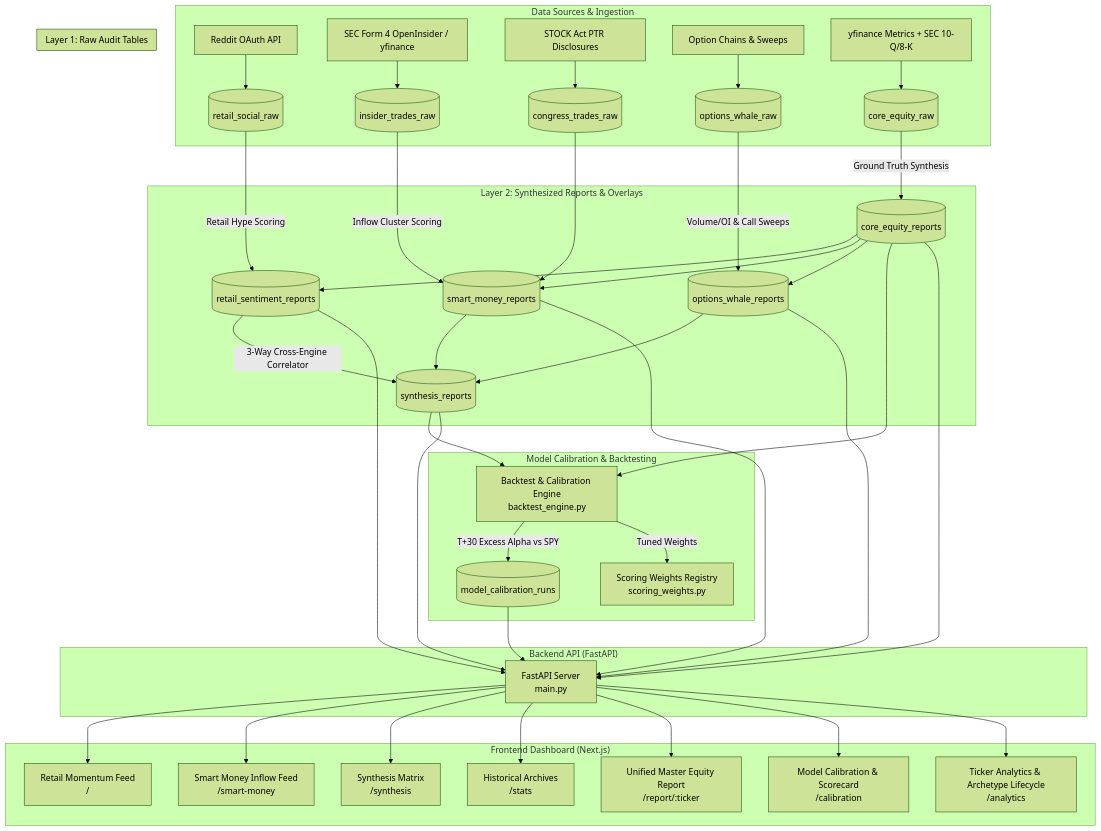
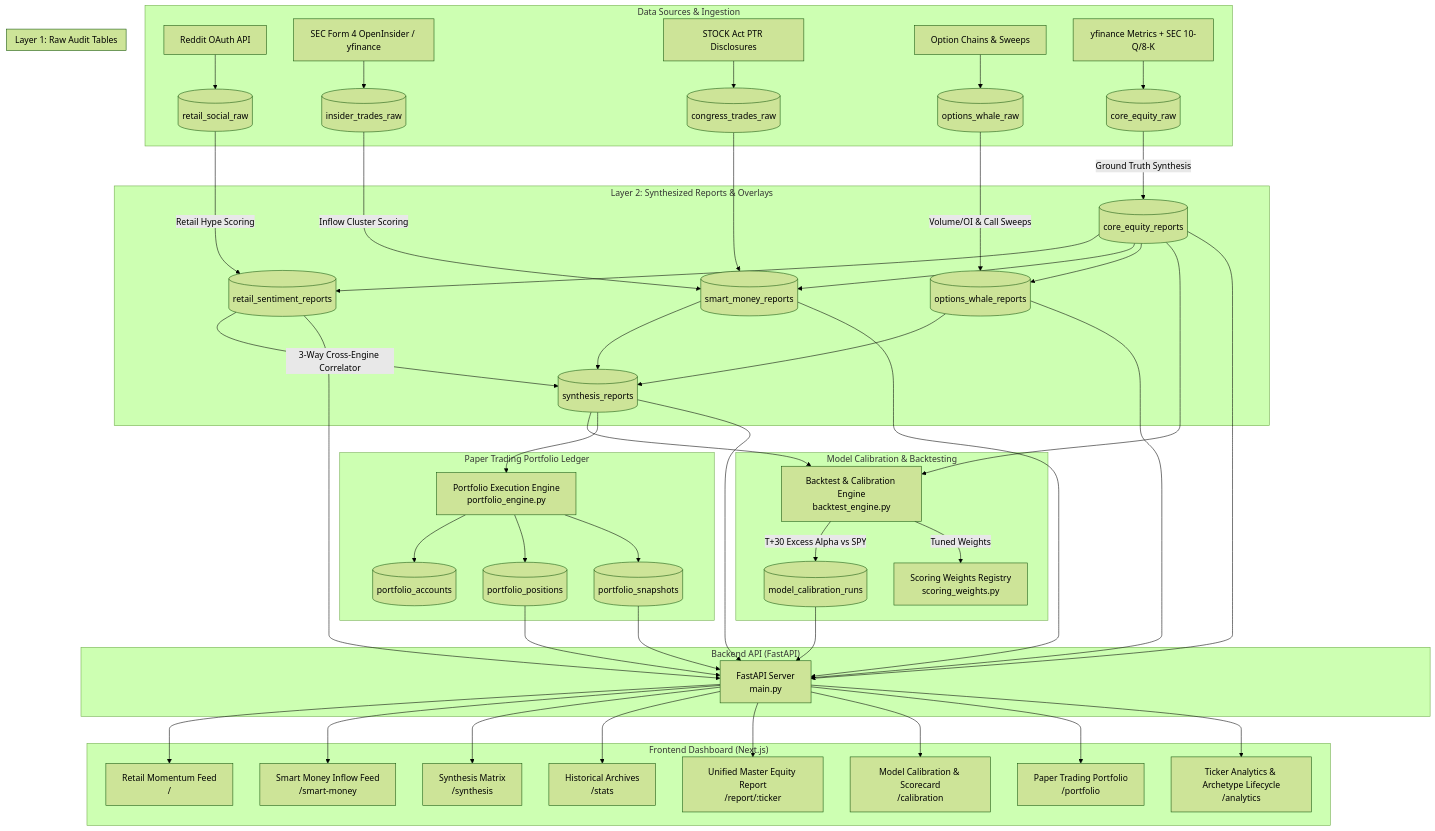
The diagram in README.md (jeremyseow/stock-picker), drawn with Mermaid (forest theme) before and after one commit. The commit also changed other lines of this file and 33 other files, not shown here.

Commit message:
feat: paper portfolio

````diff
--- a/README.md
+++ b/README.md
@@ -16,58 +18,68 @@
 ```mermaid
 graph TD
     subgraph SOURCES["Data Sources & Ingestion"]
         A["Reddit OAuth API"] --> RAW_SOC[("retail_social_raw")]
         B1["SEC Form 4 OpenInsider / yfinance"] --> RAW_INS[("insider_trades_raw")]
         B2["STOCK Act PTR Disclosures"] --> RAW_CONG[("congress_trades_raw")]
         C["Option Chains & Sweeps"] --> RAW_OPT[("options_whale_raw")]
         D["yfinance Metrics + SEC 10-Q/8-K"] --> RAW_CORE[("core_equity_raw")]
     end
 
     subgraph RAW_LAYER["Layer 1: Raw Audit Tables"]
         RAW_SOC
         RAW_INS
         RAW_CONG
         RAW_OPT
         RAW_CORE
     end
 
     subgraph REPORT_LAYER["Layer 2: Synthesized Reports & Overlays"]
         RAW_CORE -->|Ground Truth Synthesis| REP_CORE[("core_equity_reports")]
         RAW_SOC -->|Retail Hype Scoring| REP_RET[("retail_sentiment_reports")]
         REP_CORE --> REP_RET
         RAW_INS -->|Inflow Cluster Scoring| REP_SM[("smart_money_reports")]
         RAW_CONG --> REP_SM
         REP_CORE --> REP_SM
         RAW_OPT -->|Volume/OI & Call Sweeps| REP_OPT[("options_whale_reports")]
         REP_CORE --> REP_OPT
         REP_RET -->|3-Way Cross-Engine Correlator| REP_SYN[("synthesis_reports")]
         REP_SM --> REP_SYN
         REP_OPT --> REP_SYN
     end
 
     subgraph CALIB["Model Calibration & Backtesting"]
         REP_CORE --> BACKTEST["Backtest & Calibration Engine<br/>backtest_engine.py"]
         REP_SYN --> BACKTEST
         BACKTEST -->|T+30 Excess Alpha vs SPY| CALIB_DB[("model_calibration_runs")]
         BACKTEST -->|Tuned Weights| WEIGHTS_REG["Scoring Weights Registry<br/>scoring_weights.py"]
     end
 
+    subgraph PORTFOLIO["Paper Trading Portfolio Ledger"]
+        REP_SYN --> PORT_ENG["Portfolio Execution Engine<br/>portfolio_engine.py"]
+        PORT_ENG --> PORT_ACC[("portfolio_accounts")]
+        PORT_ENG --> PORT_POS[("portfolio_positions")]
+        PORT_ENG --> PORT_SNAP[("portfolio_snapshots")]
+    end
+
     subgraph BACKEND["Backend API (FastAPI)"]
         REP_CORE --> API["FastAPI Server<br/>main.py"]
         REP_RET --> API
         REP_SM --> API
         REP_OPT --> API
         REP_SYN --> API
         CALIB_DB --> API
+        PORT_POS --> API
+        PORT_SNAP --> API
     end
 
     subgraph FRONTEND["Frontend Dashboard (Next.js)"]
         API --> DASH["Retail Momentum Feed<br/>/"]
         API --> SM["Smart Money Inflow Feed<br/>/smart-money"]
         API --> SYN_PAGE["Synthesis Matrix<br/>/synthesis"]
         API --> HIST["Historical Archives<br/>/stats"]
         API --> MASTER_REP["Unified Master Equity Report<br/>/report/:ticker"]
         API --> CALIB_PAGE["Model Calibration & Scorecard<br/>/calibration"]
+        API --> PORT_PAGE["Paper Trading Portfolio<br/>/portfolio"]
         API --> ANALYTICS["Ticker Analytics & Archetype Lifecycle<br/>/analytics"]
     end
 ```
````
